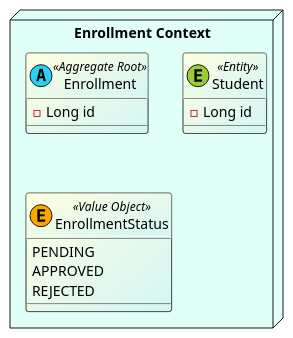
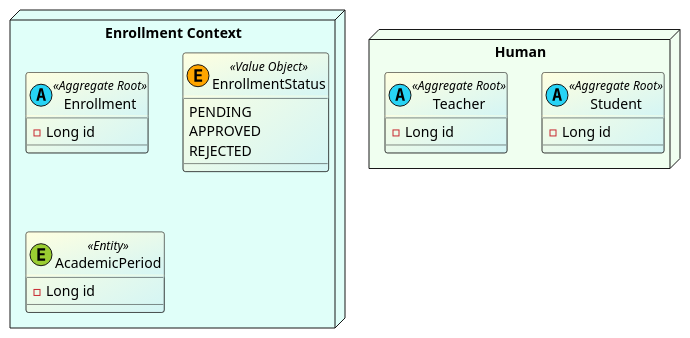
Before and after one commit to demy-project/api: the diagram in docs/domain-diagram.puml, drawn with PlantUML.

Commit message:
docs: update domain diagram to include AcademicPeriod and restructure Student and Teacher classes

```diff
--- a/docs/domain-diagram.puml
+++ b/docs/domain-diagram.puml
@@ -1,22 +1,31 @@
 @startuml Demy Domain Diagram
 
 skinparam class {
     BackgroundColor LightYellow/D3F5F5
     ArrowColor SeaGreen
 }
 
 package "Enrollment Context" <<Node>> #E0FFF9 {
     class Enrollment <<(A, #27D3F5) Aggregate Root>> {
         - Long id
     }
-    class Student <<(E, #9ACD32) Entity>> {
-        - Long id
-    }
     enum EnrollmentStatus <<(E, #FFA500) Value Object>> {
         PENDING
         APPROVED
         REJECTED
     }
+    class AcademicPeriod <<(E, #9ACD32) Entity>> {
+        - Long id
+    }
+}
+
+package "Human" <<Node>> #F0FFF0 {
+    class Student <<(A, #27D3F5) Aggregate Root>> {
+        - Long id
+    }
+    class Teacher <<(A, #27D3F5) Aggregate Root>> {
+        - Long id
+    }
 }
 
 @enduml
```
